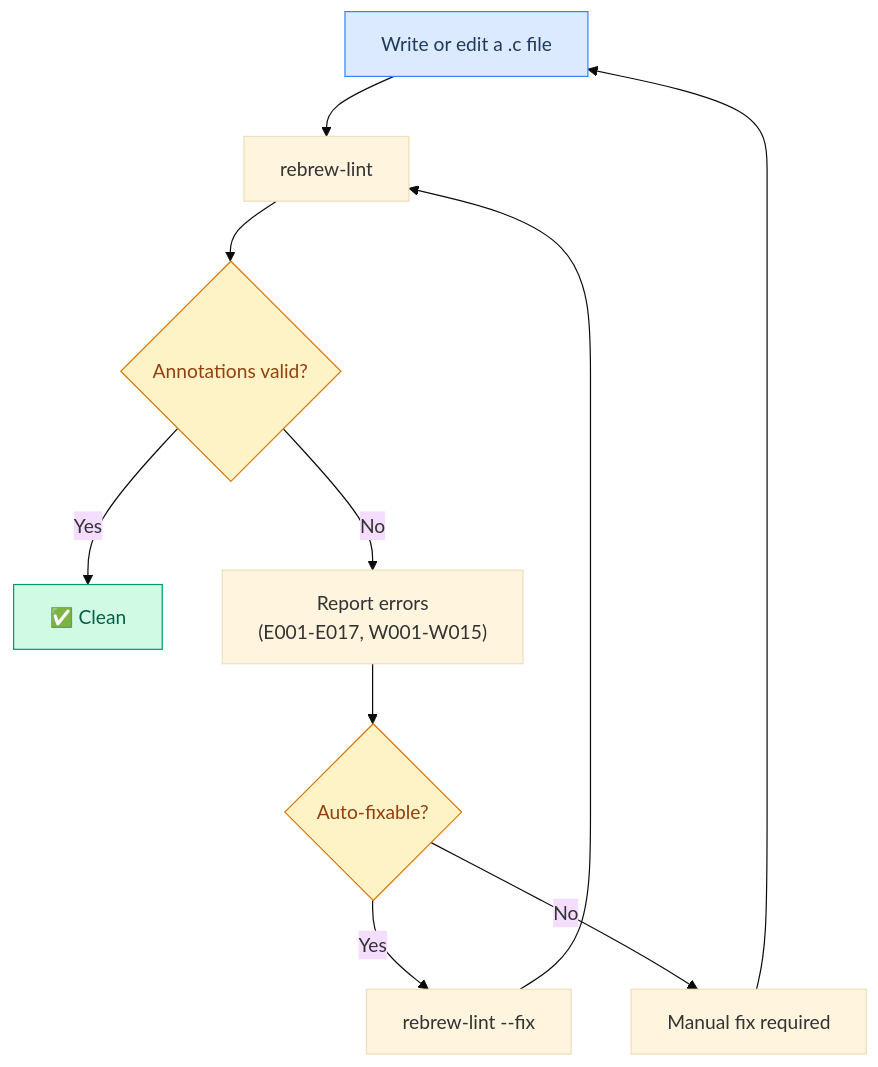
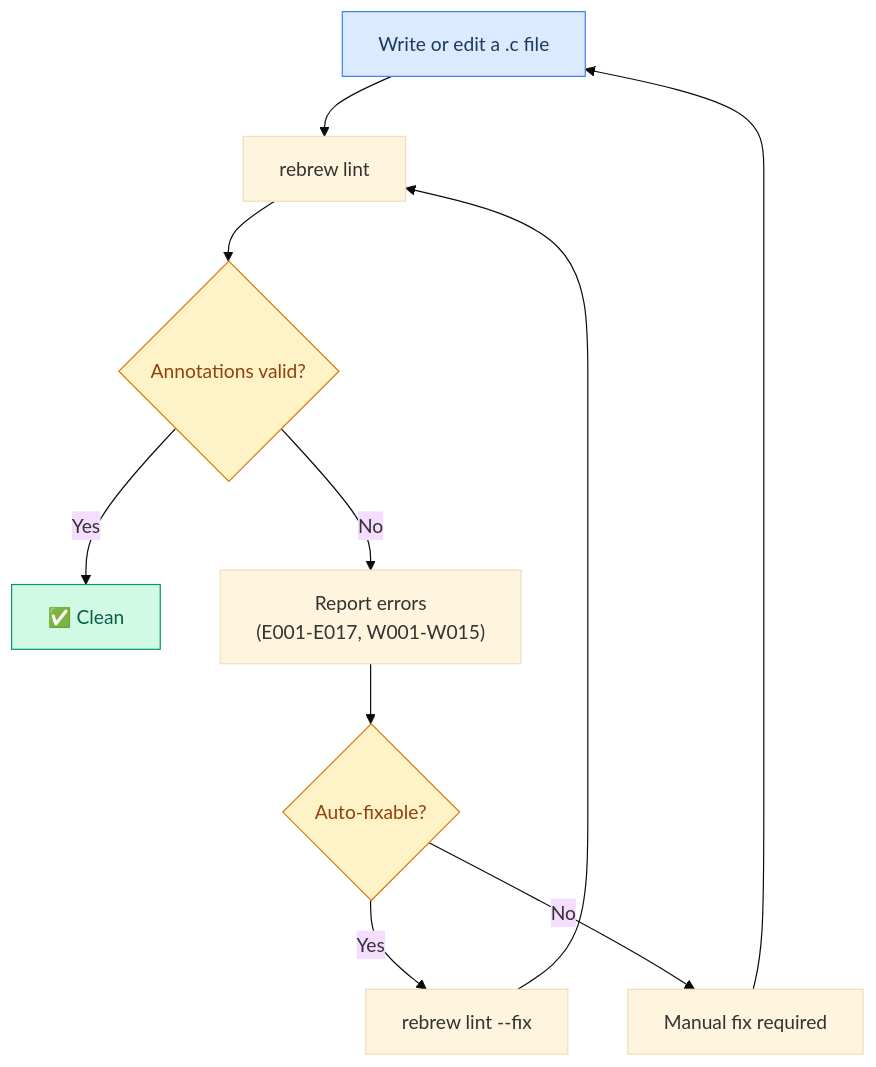
Before and after one commit to maci0/rebrew: diagram 12 of 16 in docs/USER_STORIES.md, drawn with Mermaid (base theme). The commit also changed other lines of this file and 16 other files, not shown here.

````diff
--- a/docs/USER_STORIES.md
+++ b/docs/USER_STORIES.md
@@ -404,17 +404,17 @@
 ```mermaid
 graph TD
-    A["Write or edit a .c file"] --> B["rebrew-lint"]
+    A["Write or edit a .c file"] --> B["rebrew lint"]
     B --> C{"Annotations valid?"}
     C -->|Yes| D["✅ Clean"]
     C -->|No| E["Report errors<br/>(E001-E017, W001-W015)"]
     E --> F{"Auto-fixable?"}
-    F -->|Yes| G["rebrew-lint --fix"]
+    F -->|Yes| G["rebrew lint --fix"]
     G --> B
     F -->|No| H["Manual fix required"]
     H --> A
 
     style A fill:#dbeafe,stroke:#3b82f6,color:#1e3a5f
     style D fill:#d1fae5,stroke:#059669,color:#065f46
     style C fill:#fef3c7,stroke:#d97706,color:#92400e
     style F fill:#fef3c7,stroke:#d97706,color:#92400e
 ```
````
